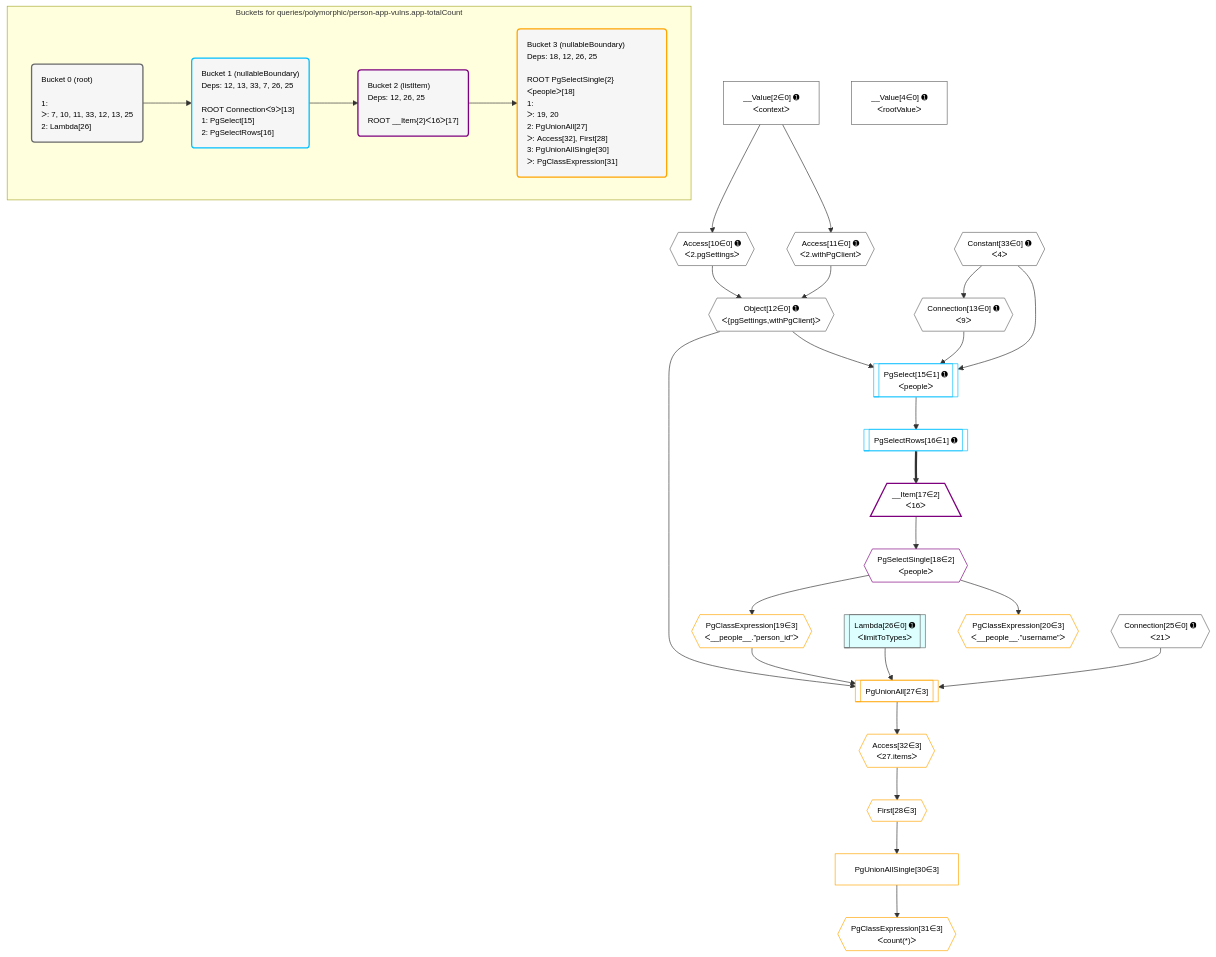
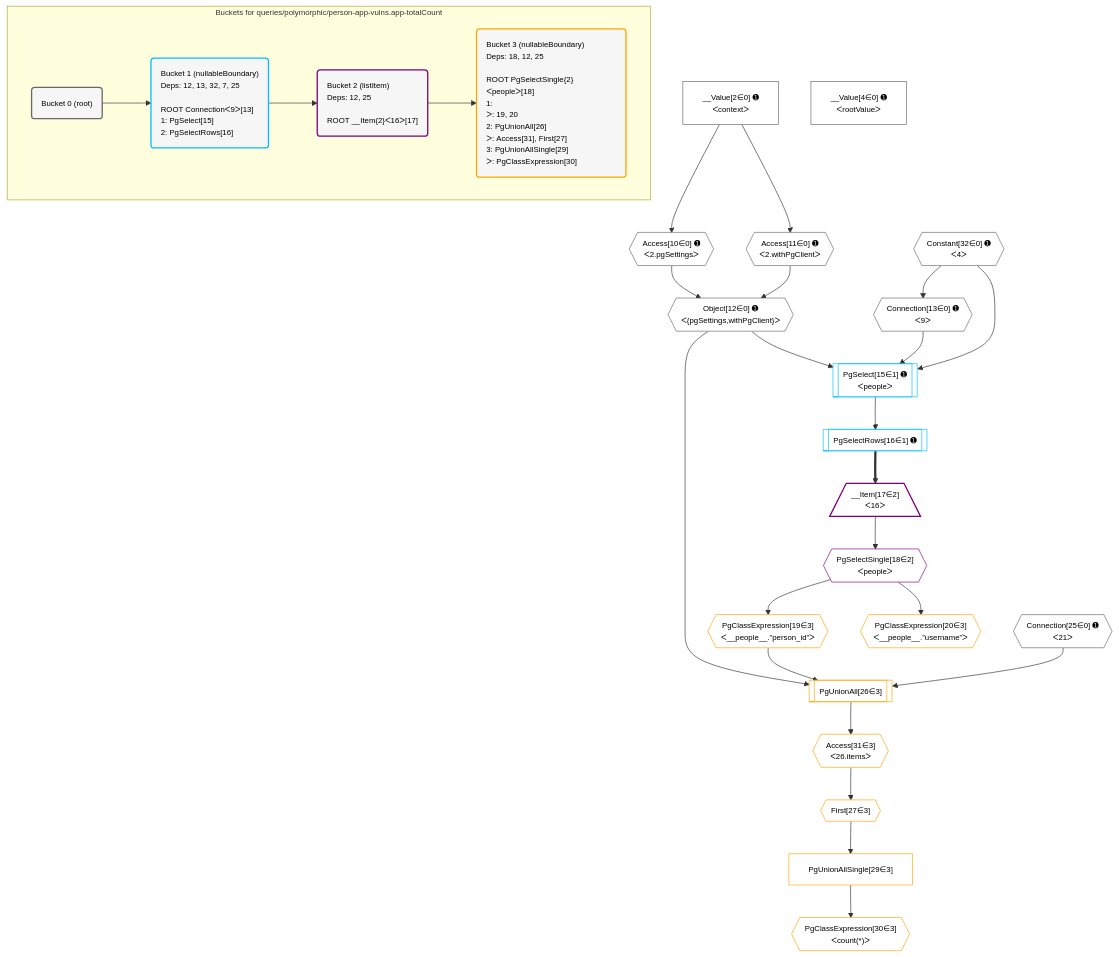
One commit to graphile/crystal changed the diagram in postgraphile/postgraphile/__tests__/queries/polymorphic/person-app-vulns.app-totalCount.mermaid. Above: the diagram before and after it, drawn with Mermaid. The commit also changed 13 other files, not shown here.

```diff
--- a/postgraphile/postgraphile/__tests__/queries/polymorphic/person-app-vulns.app-totalCount.mermaid
+++ b/postgraphile/postgraphile/__tests__/queries/polymorphic/person-app-vulns.app-totalCount.mermaid
@@ -1,66 +1,65 @@
 %%{init: {'themeVariables': { 'fontSize': '12px'}}}%%
 graph TD
     classDef path fill:#eee,stroke:#000,color:#000
     classDef plan fill:#fff,stroke-width:1px,color:#000
     classDef itemplan fill:#fff,stroke-width:2px,color:#000
     classDef unbatchedplan fill:#dff,stroke-width:1px,color:#000
     classDef sideeffectplan fill:#fcc,stroke-width:2px,color:#000
     classDef bucket fill:#f6f6f6,color:#000,stroke-width:2px,text-align:left
 
 
     %% plan dependencies
     Connection13{{"Connection[13∈0] ➊<br />ᐸ9ᐳ"}}:::plan
-    Constant33{{"Constant[33∈0] ➊<br />ᐸ4ᐳ"}}:::plan
-    Constant33 --> Connection13
+    Constant32{{"Constant[32∈0] ➊<br />ᐸ4ᐳ"}}:::plan
+    Constant32 --> Connection13
     Connection25{{"Connection[25∈0] ➊<br />ᐸ21ᐳ"}}:::plan
     Object12{{"Object[12∈0] ➊<br />ᐸ{pgSettings,withPgClient}ᐳ"}}:::plan
     Access10{{"Access[10∈0] ➊<br />ᐸ2.pgSettingsᐳ"}}:::plan
     Access11{{"Access[11∈0] ➊<br />ᐸ2.withPgClientᐳ"}}:::plan
     Access10 & Access11 --> Object12
     __Value2["__Value[2∈0] ➊<br />ᐸcontextᐳ"]:::plan
     __Value2 --> Access10
     __Value2 --> Access11
-    Lambda26[["Lambda[26∈0] ➊<br />ᐸlimitToTypesᐳ"]]:::unbatchedplan
     __Value4["__Value[4∈0] ➊<br />ᐸrootValueᐳ"]:::plan
     PgSelect15[["PgSelect[15∈1] ➊<br />ᐸpeopleᐳ"]]:::plan
-    Object12 & Connection13 & Constant33 --> PgSelect15
+    Object12 & Connection13 & Constant32 --> PgSelect15
     PgSelectRows16[["PgSelectRows[16∈1] ➊"]]:::plan
     PgSelect15 --> PgSelectRows16
     __Item17[/"__Item[17∈2]<br />ᐸ16ᐳ"\]:::itemplan
     PgSelectRows16 ==> __Item17
     PgSelectSingle18{{"PgSelectSingle[18∈2]<br />ᐸpeopleᐳ"}}:::plan
     __Item17 --> PgSelectSingle18
-    PgUnionAll27[["PgUnionAll[27∈3]"]]:::plan
+    PgUnionAll26[["PgUnionAll[26∈3]"]]:::plan
     PgClassExpression19{{"PgClassExpression[19∈3]<br />ᐸ__people__.”person_id”ᐳ"}}:::plan
-    Object12 & PgClassExpression19 & Lambda26 & Connection25 --> PgUnionAll27
+    Object12 & PgClassExpression19 & Connection25 --> PgUnionAll26
     PgSelectSingle18 --> PgClassExpression19
     PgClassExpression20{{"PgClassExpression[20∈3]<br />ᐸ__people__.”username”ᐳ"}}:::plan
     PgSelectSingle18 --> PgClassExpression20
-    First28{{"First[28∈3]"}}:::plan
-    Access32{{"Access[32∈3]<br />ᐸ27.itemsᐳ"}}:::plan
-    Access32 --> First28
-    PgUnionAllSingle30["PgUnionAllSingle[30∈3]"]:::plan
-    First28 --> PgUnionAllSingle30
-    PgClassExpression31{{"PgClassExpression[31∈3]<br />ᐸcount(*)ᐳ"}}:::plan
-    PgUnionAllSingle30 --> PgClassExpression31
-    PgUnionAll27 --> Access32
+    First27{{"First[27∈3]"}}:::plan
+    Access31{{"Access[31∈3]<br />ᐸ26.itemsᐳ"}}:::plan
+    Access31 --> First27
+    PgUnionAllSingle29["PgUnionAllSingle[29∈3]"]:::plan
+    First27 --> PgUnionAllSingle29
+    PgClassExpression30{{"PgClassExpression[30∈3]<br />ᐸcount(*)ᐳ"}}:::plan
+    PgUnionAllSingle29 --> PgClassExpression30
+    PgUnionAll26 --> Access31
 
     %% define steps
 
     subgraph "Buckets for queries/polymorphic/person-app-vulns.app-totalCount"
-    Bucket0("Bucket 0 (root)<br /><br />1: <br />ᐳ: 7, 10, 11, 33, 12, 13, 25<br />2: Lambda[26]"):::bucket
+    Bucket0("Bucket 0 (root)"):::bucket
     classDef bucket0 stroke:#696969
-    class Bucket0,__Value2,__Value4,Access10,Access11,Object12,Connection13,Connection25,Lambda26,Constant33 bucket0
-    Bucket1("Bucket 1 (nullableBoundary)<br />Deps: 12, 13, 33, 7, 26, 25<br /><br />ROOT Connectionᐸ9ᐳ[13]<br />1: PgSelect[15]<br />2: PgSelectRows[16]"):::bucket
+    class Bucket0,__Value2,__Value4,Access10,Access11,Object12,Connection13,Connection25,Constant32 bucket0
+    Bucket1("Bucket 1 (nullableBoundary)<br />Deps: 12, 13, 32, 7, 25<br /><br />ROOT Connectionᐸ9ᐳ[13]<br />1: PgSelect[15]<br />2: PgSelectRows[16]"):::bucket
     classDef bucket1 stroke:#00bfff
     class Bucket1,PgSelect15,PgSelectRows16 bucket1
-    Bucket2("Bucket 2 (listItem)<br />Deps: 12, 26, 25<br /><br />ROOT __Item{2}ᐸ16ᐳ[17]"):::bucket
+    Bucket2("Bucket 2 (listItem)<br />Deps: 12, 25<br /><br />ROOT __Item{2}ᐸ16ᐳ[17]"):::bucket
     classDef bucket2 stroke:#7f007f
     class Bucket2,__Item17,PgSelectSingle18 bucket2
-    Bucket3("Bucket 3 (nullableBoundary)<br />Deps: 18, 12, 26, 25<br /><br />ROOT PgSelectSingle{2}ᐸpeopleᐳ[18]<br />1: <br />ᐳ: 19, 20<br />2: PgUnionAll[27]<br />ᐳ: Access[32], First[28]<br />3: PgUnionAllSingle[30]<br />ᐳ: PgClassExpression[31]"):::bucket
+    Bucket3("Bucket 3 (nullableBoundary)<br />Deps: 18, 12, 25<br /><br />ROOT PgSelectSingle{2}ᐸpeopleᐳ[18]<br />1: <br />ᐳ: 19, 20<br />2: PgUnionAll[26]<br />ᐳ: Access[31], First[27]<br />3: PgUnionAllSingle[29]<br />ᐳ: PgClassExpression[30]"):::bucket
     classDef bucket3 stroke:#ffa500
-    class Bucket3,PgClassExpression19,PgClassExpression20,PgUnionAll27,First28,PgUnionAllSingle30,PgClassExpression31,Access32 bucket3
+    class Bucket3,PgClassExpression19,PgClassExpression20,PgUnionAll26,First27,PgUnionAllSingle29,PgClassExpression30,Access31 bucket3
     Bucket0 --> Bucket1
     Bucket1 --> Bucket2
     Bucket2 --> Bucket3
     end
```
